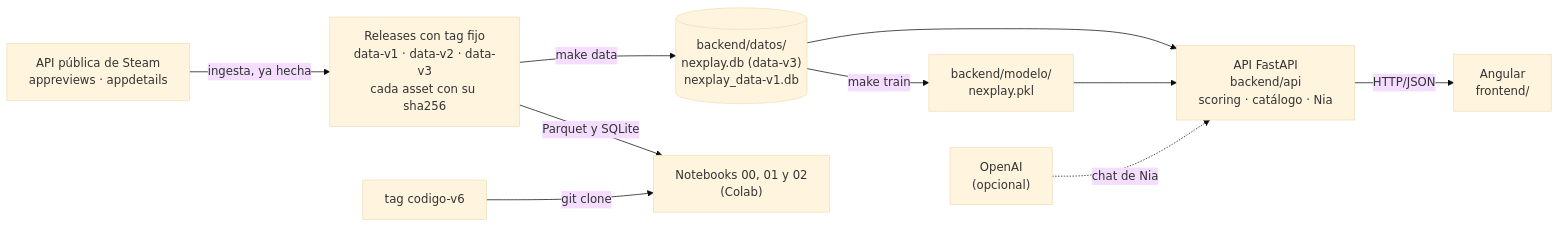
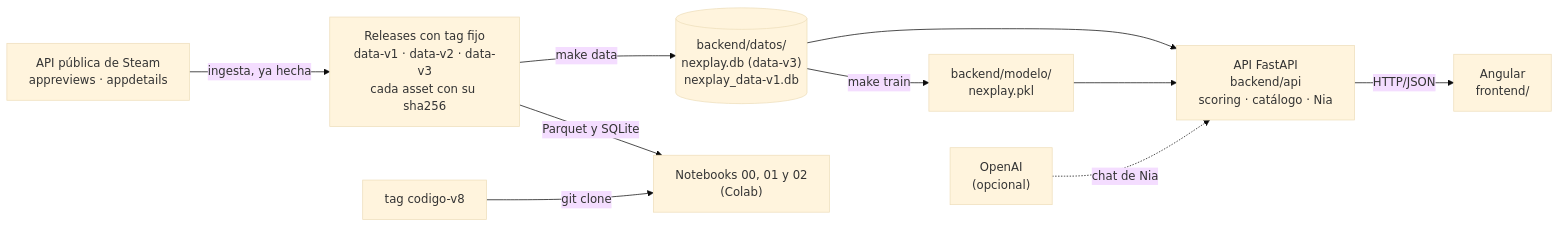
Before and after one commit to fernandoaxelramirezgomez-coder/nexplay: the first of 2 diagrams in README.md, drawn with Mermaid (base theme). The commit also changed other lines of this file and 6 other files, not shown here.

First line of the commit message:
chore(notebooks): codigo-v8, el tag de entrega

````diff
--- a/README.md
+++ b/README.md
@@ -86,12 +86,12 @@
 ```mermaid
 flowchart LR
     steam["API pública de Steam<br/>appreviews · appdetails"] -->|ingesta, ya hecha| releases["Releases con tag fijo<br/>data-v1 · data-v2 · data-v3<br/>cada asset con su sha256"]
     releases -->|make data| datos[("backend/datos/<br/>nexplay.db (data-v3)<br/>nexplay_data-v1.db")]
     datos -->|make train| modelo["backend/modelo/<br/>nexplay.pkl"]
     datos --> api["API FastAPI<br/>backend/api<br/>scoring · catálogo · Nia"]
     modelo --> api
     openai["OpenAI<br/>(opcional)"] -.->|chat de Nia| api
     api -->|HTTP/JSON| web["Angular<br/>frontend/"]
     releases -->|Parquet y SQLite| nb["Notebooks 00, 01 y 02<br/>(Colab)"]
-    tag["tag codigo-v6"] -->|git clone| nb
+    tag["tag codigo-v8"] -->|git clone| nb
 ```
````
